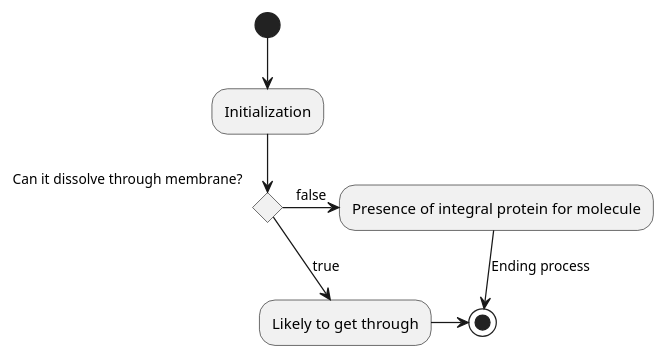
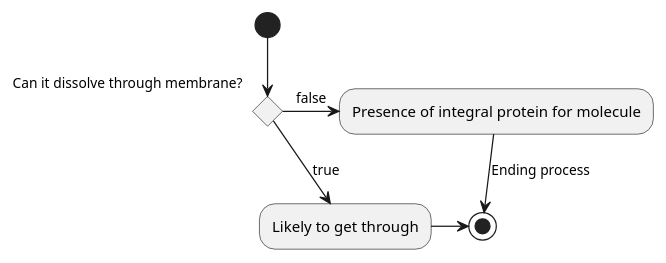
One commit to ashwinreddy/wiki changed the diagram in Biology/Cell-Biology/Cell-Membrane.md. Above: the diagram before and after it, drawn with PlantUML.

Commit message:
Updated Cell%20Membrane (markdown)

```diff
--- a/Biology/Cell-Biology/Cell-Membrane.md
+++ b/Biology/Cell-Biology/Cell-Membrane.md
@@ -40,10 +40,9 @@
 @startuml
-(*) --> "Initialization"
-if "Can it dissolve through membrane?" then
+(*) --> if "Can it dissolve through membrane?" then
   -->[true] "Likely to get through"
   -right-> (*)
 else
   ->[false] "Presence of integral protein for molecule"
   -->[Ending process] (*)
 endif
 @enduml
```
